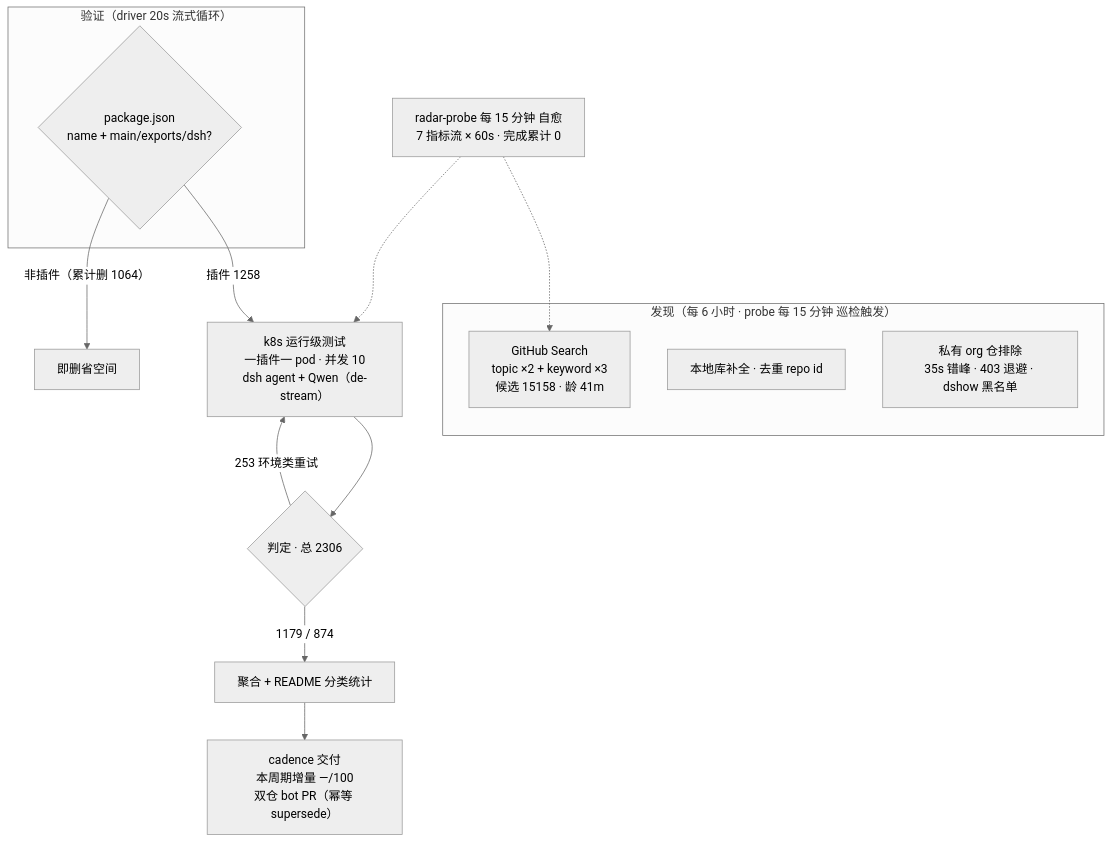
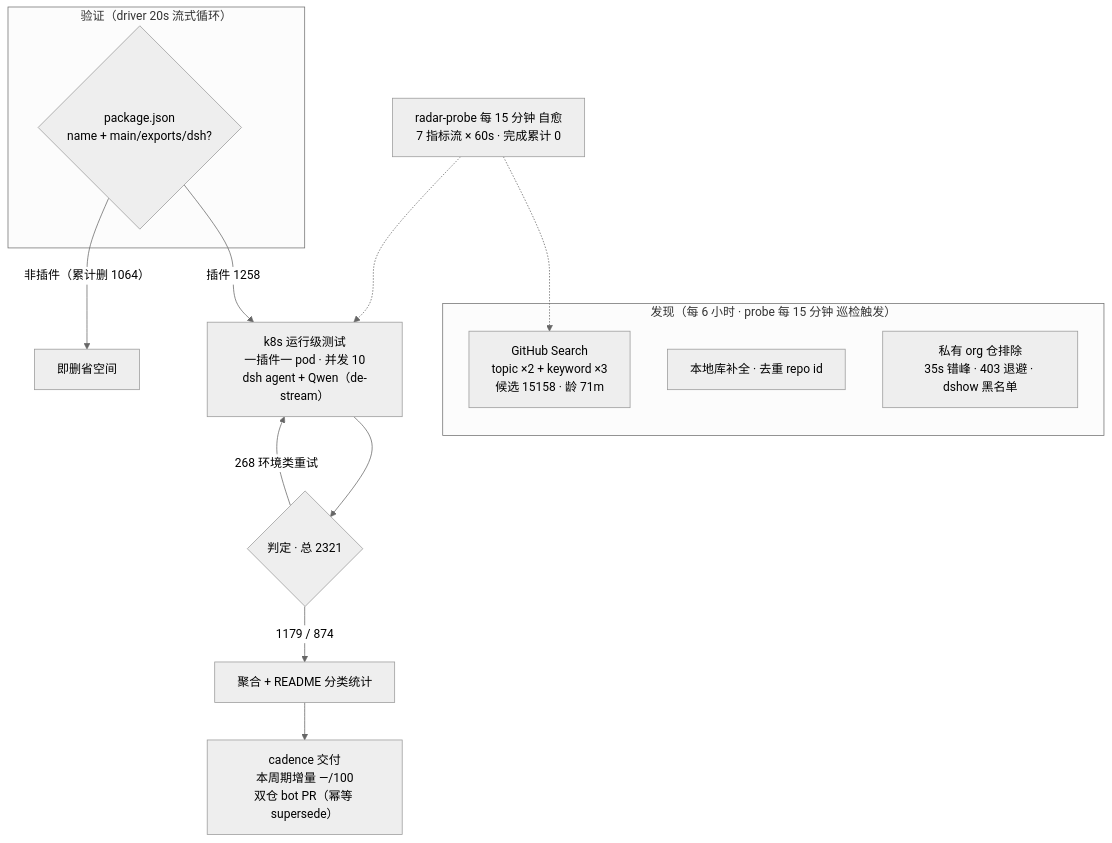
The diagram in README.md (Zhidao-Lab-OSS/awesome-dsh-plugins), drawn with Mermaid (neutral theme) before and after one commit. The commit also changed other lines of this file and 1 other file, not shown here.

````diff
--- a/README.md
+++ b/README.md
@@ -37,20 +37,20 @@
 ```mermaid
 flowchart TB
     subgraph Discovery["发现（每 6 小时 · probe 每 15 分钟 巡检触发）"]
-        A1["GitHub Search<br/>topic ×2 + keyword ×3<br/>候选 15158 · 龄 41m"]
+        A1["GitHub Search<br/>topic ×2 + keyword ×3<br/>候选 15158 · 龄 71m"]
         A2["本地库补全 · 去重 repo id"]
         A3["私有 org 仓排除<br/>35s 错峰 · 403 退避 · dshow 黑名单"]
     end
     subgraph Validation["验证（driver 20s 流式循环）"]
         B1{"package.json<br/>name + main/exports/dsh?"}
     end
     B1 -->|"插件 1258"| C1["k8s 运行级测试<br/>一插件一 pod · 并发 10<br/>dsh agent + Qwen（de-stream）"]
     B1 -->|"非插件（累计删 1064）"| B3["即删省空间"]
-    C1 --> D1{"判定 · 总 2306"}
+    C1 --> D1{"判定 · 总 2321"}
     D1 -->|"1179 / 874"| E1["聚合 + README 分类统计"]
-    D1 -->|"253 环境类重试"| C1
+    D1 -->|"268 环境类重试"| C1
     E1 --> E2["cadence 交付<br/>本周期增量 —/100<br/>双仓 bot PR（幂等 supersede）"]
     M["radar-probe 每 15 分钟 自愈<br/>7 指标流 × 60s · 完成累计 0"]
     M -.-> A1
     M -.-> C1
 ```
````
